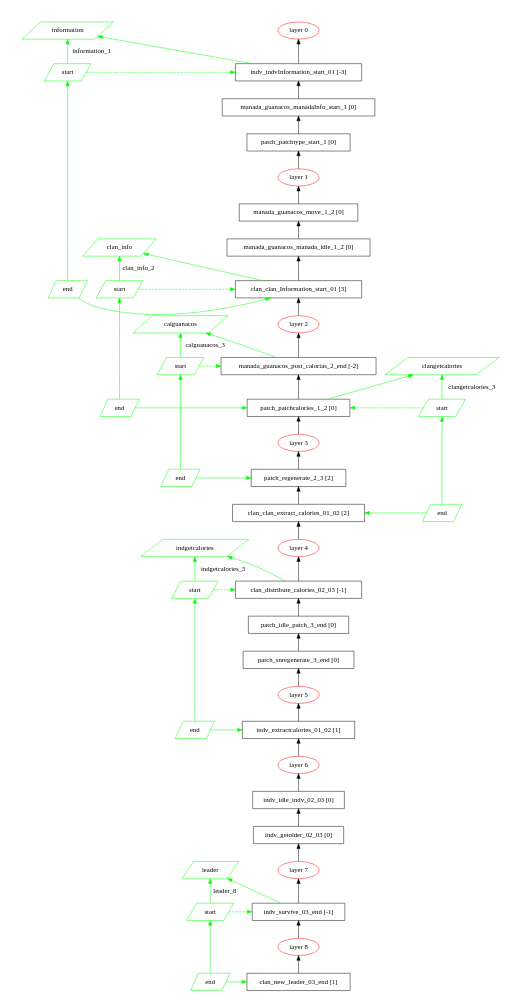
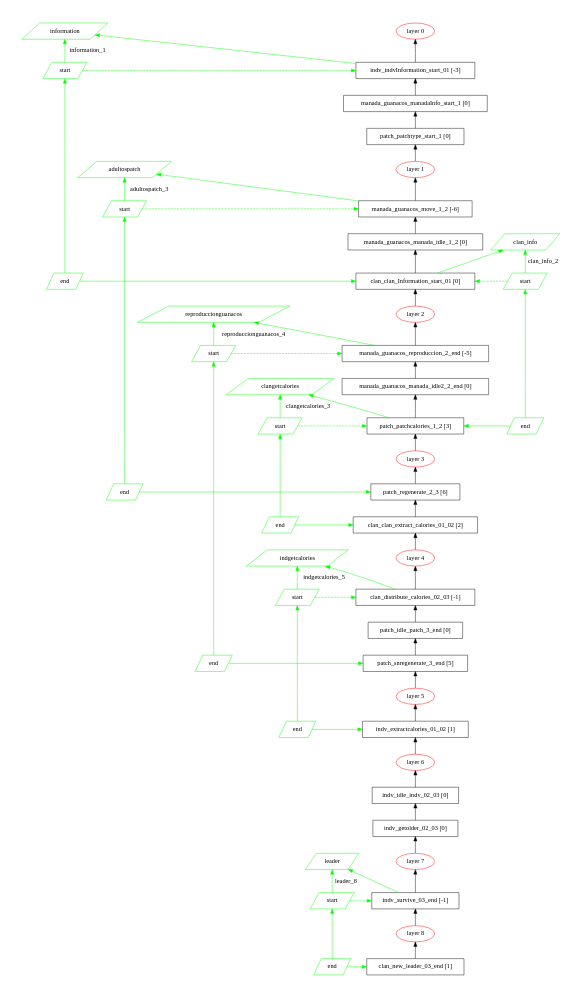
The diagram in process_order_graph.dot (andresroro/patagonia), drawn with Graphviz before and after one commit. The commit also changed 30 other files, not shown here.

Commit message:
ADD reproduccion guanacos

```diff
--- a/process_order_graph.dot
+++ b/process_order_graph.dot
@@ -1,117 +1,129 @@
 digraph communication_graph {
 	rankdir=BT;
 	size="8,5;"
 	layer_0 [ color="#ff0000" label="layer 0"];
 	indv_indvInformation_start_01 [ shape = rect label="indv_indvInformation_start_01 [-3]" ];
 	indv_indvInformation_start_01 -> layer_0;
 	manada_guanacos_manadaInfo_start_1 [ shape = rect label="manada_guanacos_manadaInfo_start_1 [0]" ];
 	manada_guanacos_manadaInfo_start_1 -> indv_indvInformation_start_01;
 	patch_patchtype_start_1 [ shape = rect label="patch_patchtype_start_1 [0]" ];
 	patch_patchtype_start_1 -> manada_guanacos_manadaInfo_start_1;
 	layer_1 [ color="#ff0000" label="layer 1"];
 	layer_1 ->patch_patchtype_start_1;
-	manada_guanacos_move_1_2 [ shape = rect label="manada_guanacos_move_1_2 [0]" ];
+	manada_guanacos_move_1_2 [ shape = rect label="manada_guanacos_move_1_2 [-6]" ];
 	manada_guanacos_move_1_2 -> layer_1;
 	manada_guanacos_manada_idle_1_2 [ shape = rect label="manada_guanacos_manada_idle_1_2 [0]" ];
 	manada_guanacos_manada_idle_1_2 -> manada_guanacos_move_1_2;
-	clan_clan_Information_start_01 [ shape = rect label="clan_clan_Information_start_01 [3]" ];
+	clan_clan_Information_start_01 [ shape = rect label="clan_clan_Information_start_01 [0]" ];
 	clan_clan_Information_start_01 -> manada_guanacos_manada_idle_1_2;
 	layer_2 [ color="#ff0000" label="layer 2"];
 	layer_2 ->clan_clan_Information_start_01;
-	manada_guanacos_post_calorias_2_end [ shape = rect label="manada_guanacos_post_calorias_2_end [-2]" ];
-	manada_guanacos_post_calorias_2_end -> layer_2;
-	patch_patchcalories_1_2 [ shape = rect label="patch_patchcalories_1_2 [0]" ];
-	patch_patchcalories_1_2 -> manada_guanacos_post_calorias_2_end;
+	manada_guanacos_reproduccion_2_end [ shape = rect label="manada_guanacos_reproduccion_2_end [-5]" ];
+	manada_guanacos_reproduccion_2_end -> layer_2;
+	manada_guanacos_manada_idle2_2_end [ shape = rect label="manada_guanacos_manada_idle2_2_end [0]" ];
+	manada_guanacos_manada_idle2_2_end -> manada_guanacos_reproduccion_2_end;
+	patch_patchcalories_1_2 [ shape = rect label="patch_patchcalories_1_2 [3]" ];
+	patch_patchcalories_1_2 -> manada_guanacos_manada_idle2_2_end;
 	layer_3 [ color="#ff0000" label="layer 3"];
 	layer_3 ->patch_patchcalories_1_2;
-	patch_regenerate_2_3 [ shape = rect label="patch_regenerate_2_3 [2]" ];
+	patch_regenerate_2_3 [ shape = rect label="patch_regenerate_2_3 [6]" ];
 	patch_regenerate_2_3 -> layer_3;
 	clan_clan_extract_calories_01_02 [ shape = rect label="clan_clan_extract_calories_01_02 [2]" ];
 	clan_clan_extract_calories_01_02 -> patch_regenerate_2_3;
 	layer_4 [ color="#ff0000" label="layer 4"];
 	layer_4 ->clan_clan_extract_calories_01_02;
 	clan_distribute_calories_02_03 [ shape = rect label="clan_distribute_calories_02_03 [-1]" ];
 	clan_distribute_calories_02_03 -> layer_4;
 	patch_idle_patch_3_end [ shape = rect label="patch_idle_patch_3_end [0]" ];
 	patch_idle_patch_3_end -> clan_distribute_calories_02_03;
-	patch_snregenerate_3_end [ shape = rect label="patch_snregenerate_3_end [0]" ];
+	patch_snregenerate_3_end [ shape = rect label="patch_snregenerate_3_end [5]" ];
 	patch_snregenerate_3_end -> patch_idle_patch_3_end;
 	layer_5 [ color="#ff0000" label="layer 5"];
 	layer_5 ->patch_snregenerate_3_end;
 	indv_extractcalories_01_02 [ shape = rect label="indv_extractcalories_01_02 [1]" ];
 	indv_extractcalories_01_02 -> layer_5;
 	layer_6 [ color="#ff0000" label="layer 6"];
 	layer_6 ->indv_extractcalories_01_02;
 	indv_idle_indv_02_03 [ shape = rect label="indv_idle_indv_02_03 [0]" ];
 	indv_idle_indv_02_03 -> layer_6;
 	indv_getolder_02_03 [ shape = rect label="indv_getolder_02_03 [0]" ];
 	indv_getolder_02_03 -> indv_idle_indv_02_03;
 	layer_7 [ color="#ff0000" label="layer 7"];
 	layer_7 ->indv_getolder_02_03;
 	indv_survive_03_end [ shape = rect label="indv_survive_03_end [-1]" ];
 	indv_survive_03_end -> layer_7;
 	layer_8 [ color="#ff0000" label="layer 8"];
 	layer_8 ->indv_survive_03_end;
 	clan_new_leader_03_end [ shape = rect label="clan_new_leader_03_end [1]" ];
 	clan_new_leader_03_end -> layer_8;
 	information_message [ label = "information" color="#00ff00" shape = parallelogram];
 	information_message_sync_start_0 [ label = "start" color="#00ff00" shape = parallelogram];
 	information_message_sync_start_0 -> information_message [ color="#00ff00" label="information_1"];
 	{ rank=same; indv_indvInformation_start_01; information_message_sync_start_0; }
 	information_message_sync_end_0 [ label = "end" color="#00ff00" shape = parallelogram];
 	information_message_sync_end_0 -> information_message_sync_start_0 [ color="#00ff00" ];
 	information_message_sync_end_0 -> clan_clan_Information_start_01 [ color="#00ff00" constraint=false ];
 	information_message_sync_start_0 -> indv_indvInformation_start_01 [ color="#00ff00", constraint=false, style=dashed ];
 	{ rank=same; clan_clan_Information_start_01; information_message_sync_end_0; }
 	indgetcalories_message [ label = "indgetcalories" color="#00ff00" shape = parallelogram];
 	indgetcalories_message_sync_start_0 [ label = "start" color="#00ff00" shape = parallelogram];
 	indgetcalories_message_sync_start_0 -> indgetcalories_message [ color="#00ff00" label="indgetcalories_5"];
 	{ rank=same; clan_distribute_calories_02_03; indgetcalories_message_sync_start_0; }
 	indgetcalories_message_sync_end_0 [ label = "end" color="#00ff00" shape = parallelogram];
 	indgetcalories_message_sync_end_0 -> indgetcalories_message_sync_start_0 [ color="#00ff00" ];
 	indgetcalories_message_sync_end_0 -> indv_extractcalories_01_02 [ color="#00ff00" constraint=false ];
 	indgetcalories_message_sync_start_0 -> clan_distribute_calories_02_03 [ color="#00ff00", constraint=false, style=dashed ];
 	{ rank=same; indv_extractcalories_01_02; indgetcalories_message_sync_end_0; }
 	leader_message [ label = "leader" color="#00ff00" shape = parallelogram];
 	leader_message_sync_start_0 [ label = "start" color="#00ff00" shape = parallelogram];
 	leader_message_sync_start_0 -> leader_message [ color="#00ff00" label="leader_8"];
 	{ rank=same; indv_survive_03_end; leader_message_sync_start_0; }
 	leader_message_sync_end_0 [ label = "end" color="#00ff00" shape = parallelogram];
 	leader_message_sync_end_0 -> leader_message_sync_start_0 [ color="#00ff00" ];
 	leader_message_sync_end_0 -> clan_new_leader_03_end [ color="#00ff00" constraint=false ];
 	leader_message_sync_start_0 -> indv_survive_03_end [ color="#00ff00", constraint=false, style=dashed ];
 	{ rank=same; clan_new_leader_03_end; leader_message_sync_end_0; }
 	clan_info_message [ label = "clan_info" color="#00ff00" shape = parallelogram];
 	clan_info_message_sync_start_0 [ label = "start" color="#00ff00" shape = parallelogram];
 	clan_info_message_sync_start_0 -> clan_info_message [ color="#00ff00" label="clan_info_2"];
 	{ rank=same; clan_clan_Information_start_01; clan_info_message_sync_start_0; }
 	clan_info_message_sync_end_0 [ label = "end" color="#00ff00" shape = parallelogram];
 	clan_info_message_sync_end_0 -> clan_info_message_sync_start_0 [ color="#00ff00" ];
 	clan_info_message_sync_end_0 -> patch_patchcalories_1_2 [ color="#00ff00" constraint=false ];
 	clan_info_message_sync_start_0 -> clan_clan_Information_start_01 [ color="#00ff00", constraint=false, style=dashed ];
 	{ rank=same; patch_patchcalories_1_2; clan_info_message_sync_end_0; }
 	clangetcalories_message [ label = "clangetcalories" color="#00ff00" shape = parallelogram];
 	clangetcalories_message_sync_start_0 [ label = "start" color="#00ff00" shape = parallelogram];
 	clangetcalories_message_sync_start_0 -> clangetcalories_message [ color="#00ff00" label="clangetcalories_3"];
 	{ rank=same; patch_patchcalories_1_2; clangetcalories_message_sync_start_0; }
 	clangetcalories_message_sync_end_0 [ label = "end" color="#00ff00" shape = parallelogram];
 	clangetcalories_message_sync_end_0 -> clangetcalories_message_sync_start_0 [ color="#00ff00" ];
 	clangetcalories_message_sync_end_0 -> clan_clan_extract_calories_01_02 [ color="#00ff00" constraint=false ];
 	clangetcalories_message_sync_start_0 -> patch_patchcalories_1_2 [ color="#00ff00", constraint=false, style=dashed ];
 	{ rank=same; clan_clan_extract_calories_01_02; clangetcalories_message_sync_end_0; }
-	calguanacos_message [ label = "calguanacos" color="#00ff00" shape = parallelogram];
-	calguanacos_message_sync_start_0 [ label = "start" color="#00ff00" shape = parallelogram];
-	calguanacos_message_sync_start_0 -> calguanacos_message [ color="#00ff00" label="calguanacos_3"];
-	{ rank=same; manada_guanacos_post_calorias_2_end; calguanacos_message_sync_start_0; }
-	calguanacos_message_sync_end_0 [ label = "end" color="#00ff00" shape = parallelogram];
-	calguanacos_message_sync_end_0 -> calguanacos_message_sync_start_0 [ color="#00ff00" ];
-	calguanacos_message_sync_end_0 -> patch_regenerate_2_3 [ color="#00ff00" constraint=false ];
-	calguanacos_message_sync_start_0 -> manada_guanacos_post_calorias_2_end [ color="#00ff00", constraint=false, style=dashed ];
-	{ rank=same; patch_regenerate_2_3; calguanacos_message_sync_end_0; }
+	adultospatch_message [ label = "adultospatch" color="#00ff00" shape = parallelogram];
+	adultospatch_message_sync_start_0 [ label = "start" color="#00ff00" shape = parallelogram];
+	adultospatch_message_sync_start_0 -> adultospatch_message [ color="#00ff00" label="adultospatch_3"];
+	{ rank=same; manada_guanacos_move_1_2; adultospatch_message_sync_start_0; }
+	adultospatch_message_sync_end_0 [ label = "end" color="#00ff00" shape = parallelogram];
+	adultospatch_message_sync_end_0 -> adultospatch_message_sync_start_0 [ color="#00ff00" ];
+	adultospatch_message_sync_end_0 -> patch_regenerate_2_3 [ color="#00ff00" constraint=false ];
+	adultospatch_message_sync_start_0 -> manada_guanacos_move_1_2 [ color="#00ff00", constraint=false, style=dashed ];
+	{ rank=same; patch_regenerate_2_3; adultospatch_message_sync_end_0; }
+	reproduccionguanacos_message [ label = "reproduccionguanacos" color="#00ff00" shape = parallelogram];
+	reproduccionguanacos_message_sync_start_0 [ label = "start" color="#00ff00" shape = parallelogram];
+	reproduccionguanacos_message_sync_start_0 -> reproduccionguanacos_message [ color="#00ff00" label="reproduccionguanacos_4"];
+	{ rank=same; manada_guanacos_reproduccion_2_end; reproduccionguanacos_message_sync_start_0; }
+	reproduccionguanacos_message_sync_end_0 [ label = "end" color="#00ff00" shape = parallelogram];
+	reproduccionguanacos_message_sync_end_0 -> reproduccionguanacos_message_sync_start_0 [ color="#00ff00" ];
+	reproduccionguanacos_message_sync_end_0 -> patch_snregenerate_3_end [ color="#00ff00" constraint=false ];
+	reproduccionguanacos_message_sync_start_0 -> manada_guanacos_reproduccion_2_end [ color="#00ff00", constraint=false, style=dashed ];
+	{ rank=same; patch_snregenerate_3_end; reproduccionguanacos_message_sync_end_0; }
 	indv_indvInformation_start_01 -> information_message [ color="#00ff00" constraint=false ];
 	indv_survive_03_end -> leader_message [ color="#00ff00" constraint=false ];
 	clan_clan_Information_start_01 -> clan_info_message [ color="#00ff00" constraint=false ];
 	clan_distribute_calories_02_03 -> indgetcalories_message [ color="#00ff00" constraint=false ];
 	patch_patchcalories_1_2 -> clangetcalories_message [ color="#00ff00" constraint=false ];
-	manada_guanacos_post_calorias_2_end -> calguanacos_message [ color="#00ff00" constraint=false ];
+	manada_guanacos_move_1_2 -> adultospatch_message [ color="#00ff00" constraint=false ];
+	manada_guanacos_reproduccion_2_end -> reproduccionguanacos_message [ color="#00ff00" constraint=false ];
 }
```
